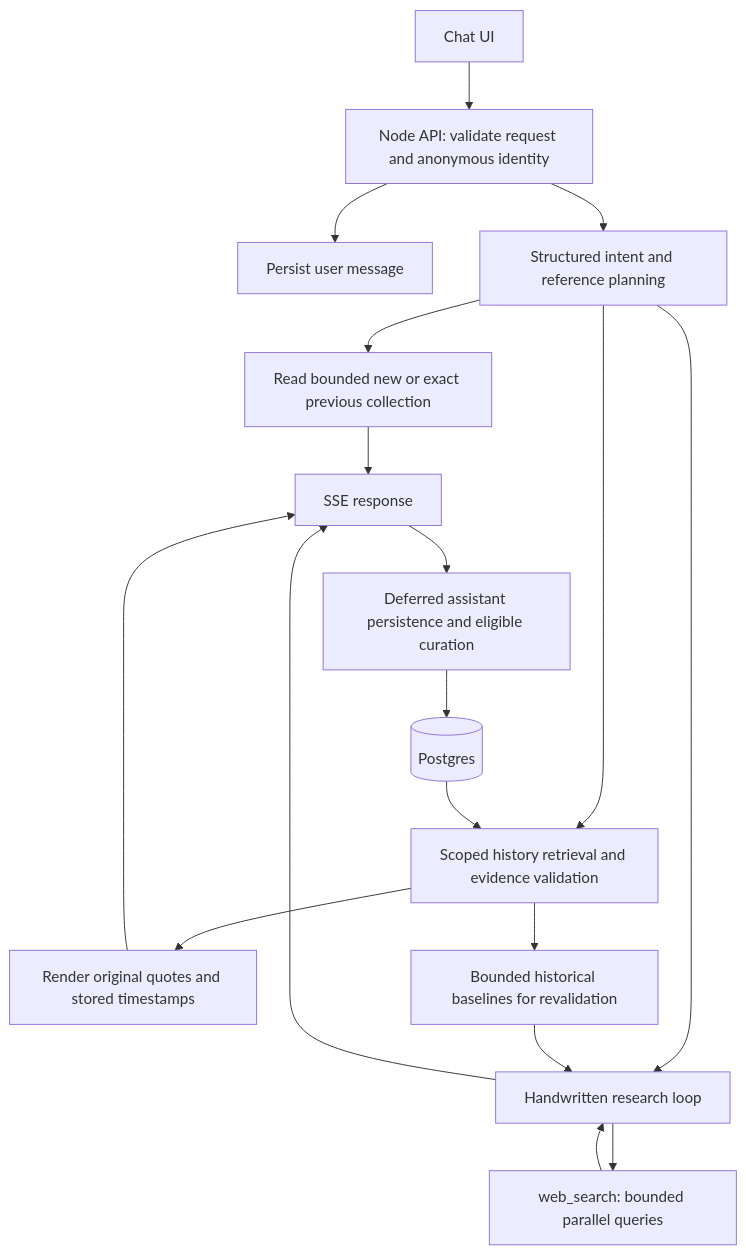
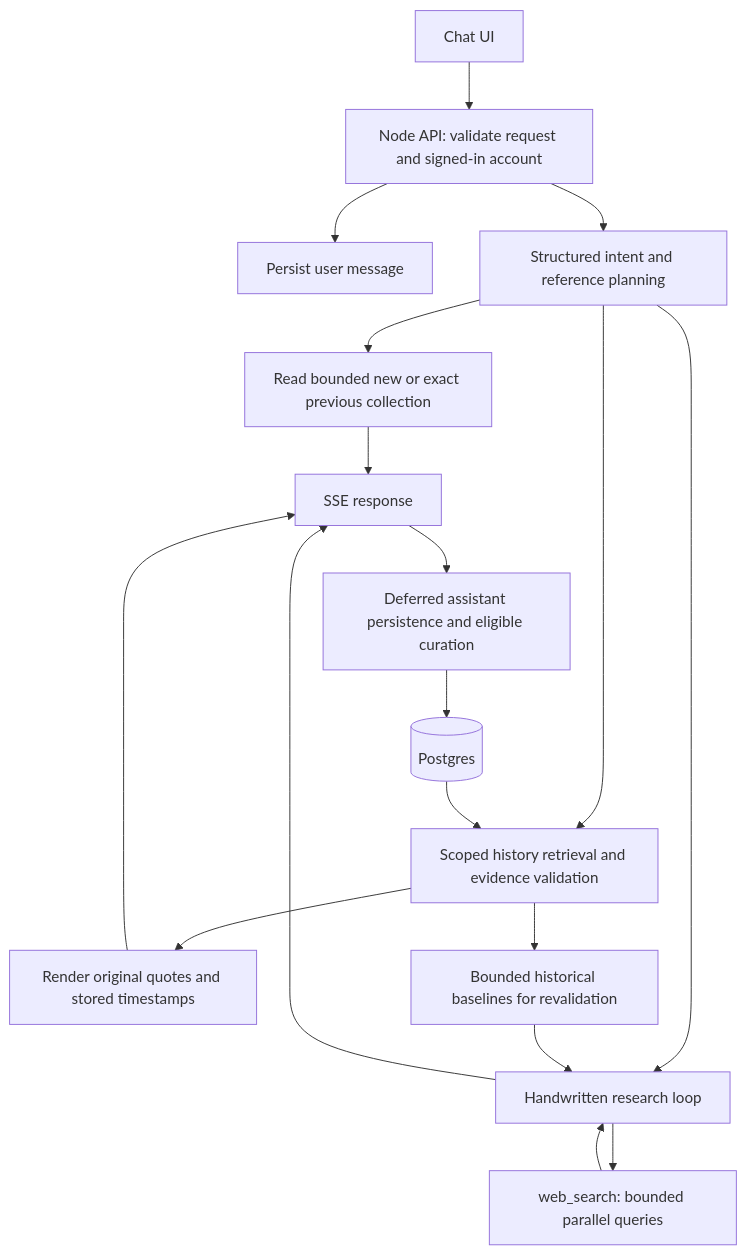
The diagram in docs/DESIGN.md (Ronitdoes/Chrona-Agent), drawn with Mermaid before and after one commit. The commit also changed other lines of this file and 77 other files, not shown here.

````diff
--- a/docs/DESIGN.md
+++ b/docs/DESIGN.md
@@ -22,20 +22,20 @@
 ```mermaid
 flowchart TD
-  UI[Chat UI] --> API[Node API: validate request and anonymous identity]
+  UI[Chat UI] --> API[Node API: validate request and signed-in account]
   API --> Save[Persist user message]
   API --> Plan[Structured intent and reference planning]
   Plan --> List[Read bounded new or exact previous collection]
   Plan --> History[Scoped history retrieval and evidence validation]
   History --> Private[Render original quotes and stored timestamps]
   Plan --> Research[Handwritten research loop]
   History --> Baseline[Bounded historical baselines for revalidation]
   Baseline --> Research
   Research --> Search[web_search: bounded parallel queries]
   Search --> Research
   List --> Response[SSE response]
   Private --> Response
   Research --> Response
   Response --> Persist[Deferred assistant persistence and eligible curation]
   Persist --> DB[(Postgres)]
   DB --> History
 ```
````
